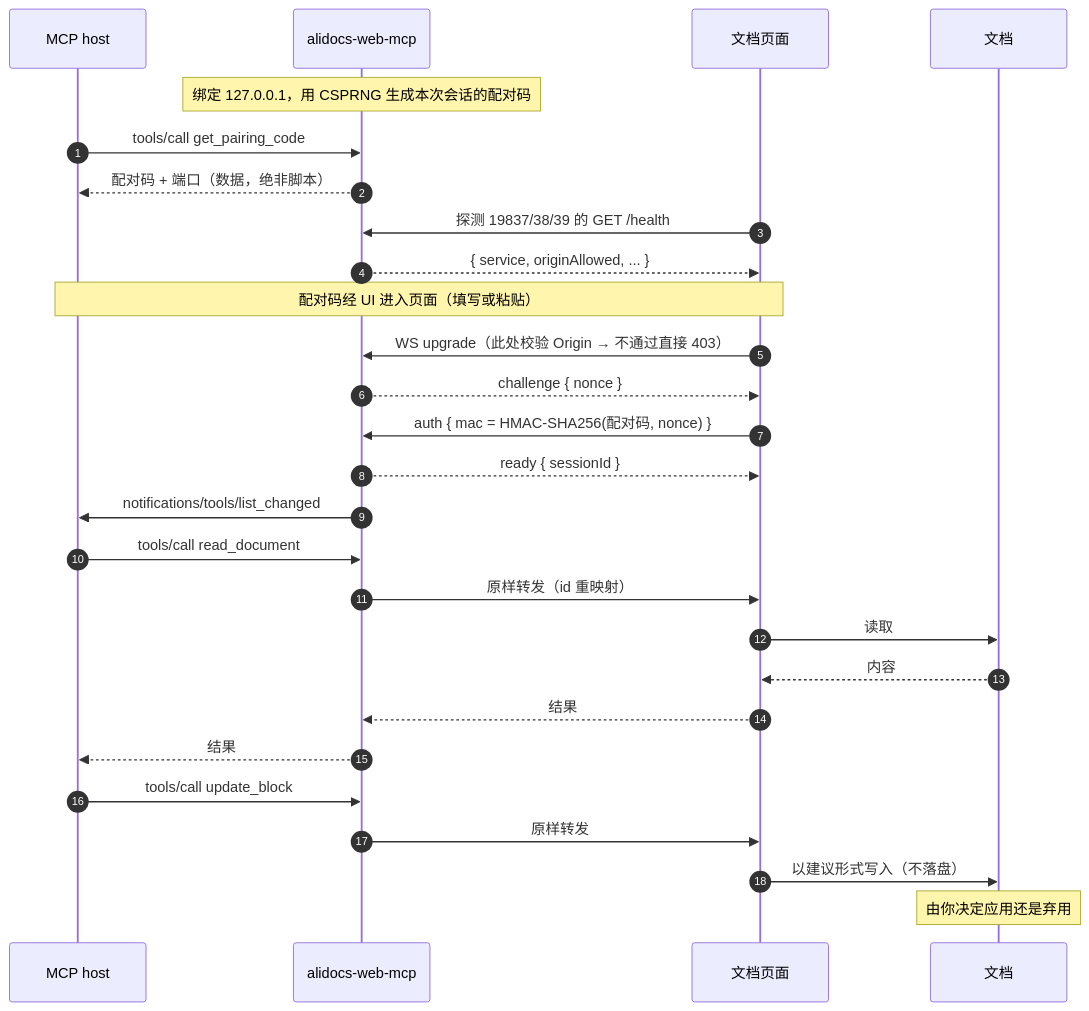
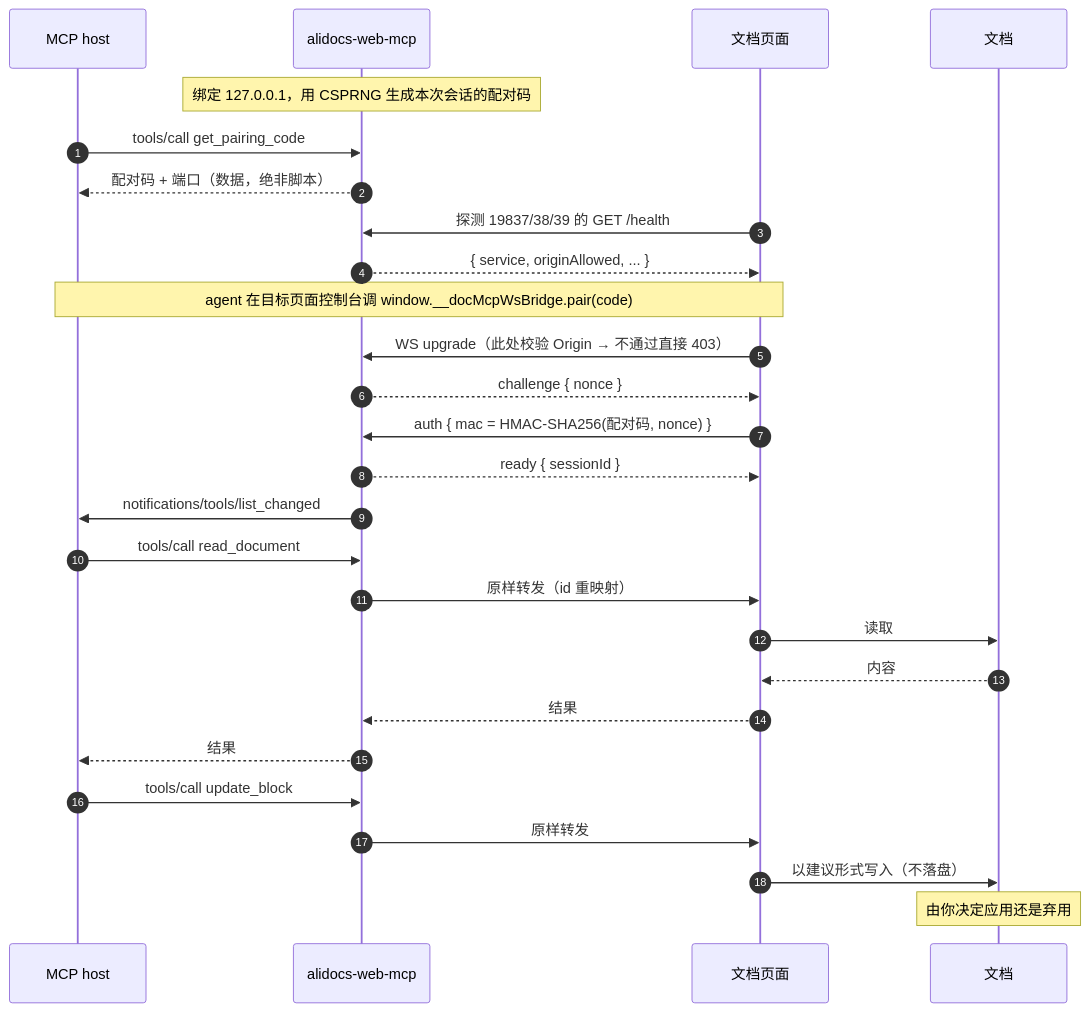
The second of 2 diagrams in README.zh-CN.md (magical-index/alidocs-web-mcp), drawn with Mermaid before and after one commit. The commit also changed other lines of this file and 7 other files, not shown here.

First line of the commit message:
docs: 配对指引改为 agent 控制台调 pair(code)（同步 agent-only 建连）

````diff
--- a/README.zh-CN.md
+++ b/README.zh-CN.md
@@ -120,36 +120,36 @@
 ```mermaid
 sequenceDiagram
     autonumber
     participant H as MCP host
     participant B as alidocs-web-mcp
     participant P as 文档页面
     participant D as 文档
 
     Note over B: 绑定 127.0.0.1，用 CSPRNG 生成本次会话的配对码
 
     H->>B: tools/call get_pairing_code
     B-->>H: 配对码 + 端口（数据，绝非脚本）
 
     P->>B: 探测 19837/38/39 的 GET /health
     B-->>P: { service, originAllowed, ... }
 
-    Note over H,P: 配对码经 UI 进入页面（填写或粘贴）
+    Note over H,P: agent 在目标页面控制台调 window.__docMcpWsBridge.pair(code)
 
     P->>B: WS upgrade（此处校验 Origin → 不通过直接 403）
     B-->>P: challenge { nonce }
     P->>B: auth { mac = HMAC-SHA256(配对码, nonce) }
     B-->>P: ready { sessionId }
     B->>H: notifications/tools/list_changed
 
     H->>B: tools/call read_document
     B->>P: 原样转发（id 重映射）
     P->>D: 读取
     D-->>P: 内容
     P-->>B: 结果
     B-->>H: 结果
 
     H->>B: tools/call update_block
     B->>P: 原样转发
     P->>D: 以建议形式写入（不落盘）
     Note over D: 由你决定应用还是弃用
 ```
````
